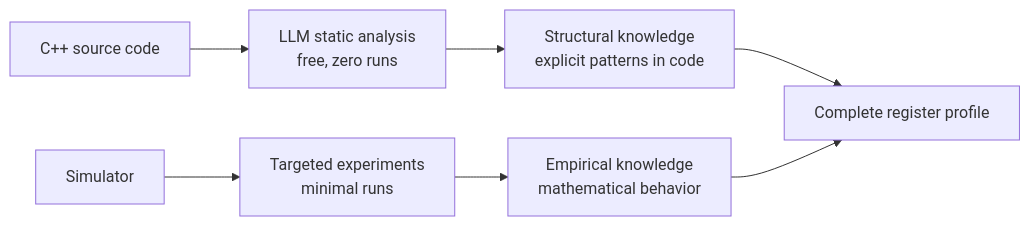
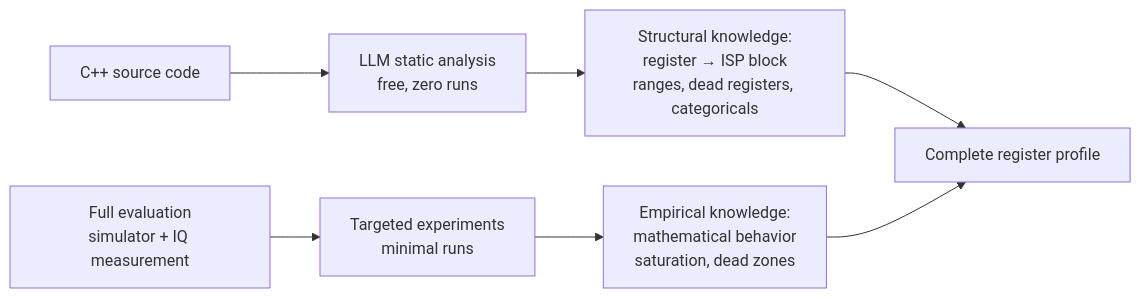
One commit to chenrimoch86/bbo-vault changed the second of 5 diagrams in Vault-bbo/wiki/analyses/cpp-register-profiling-workflow.md. Above: the diagram before and after it, drawn with Mermaid. The commit also changed other lines of this file and 9 other files, not shown here.

````diff
--- a/Vault-bbo/wiki/analyses/cpp-register-profiling-workflow.md
+++ b/Vault-bbo/wiki/analyses/cpp-register-profiling-workflow.md
@@ -18,9 +32,9 @@
 ```mermaid
 flowchart LR
-    A[C++ source code] --> B[LLM static analysis\nfree, zero runs]
-    C[Simulator] --> D[Targeted experiments\nminimal runs]
-    B --> E[Structural knowledge\nexplicit patterns in code]
-    D --> F[Empirical knowledge\nmathematical behavior]
+    A[C++ source code] --> B["LLM static analysis<br/>free, zero runs"]
+    C["Full evaluation<br/>simulator + IQ measurement"] --> D["Targeted experiments<br/>minimal runs"]
+    B --> E["Structural knowledge:<br/>register → ISP block<br/>ranges, dead registers, categoricals"]
+    D --> F["Empirical knowledge:<br/>mathematical behavior<br/>saturation, dead zones"]
     E --> G[Complete register profile]
     F --> G
 ```
````
